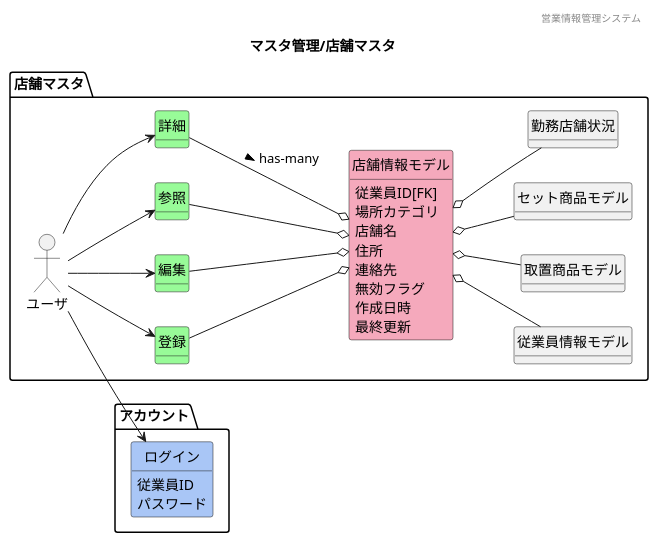
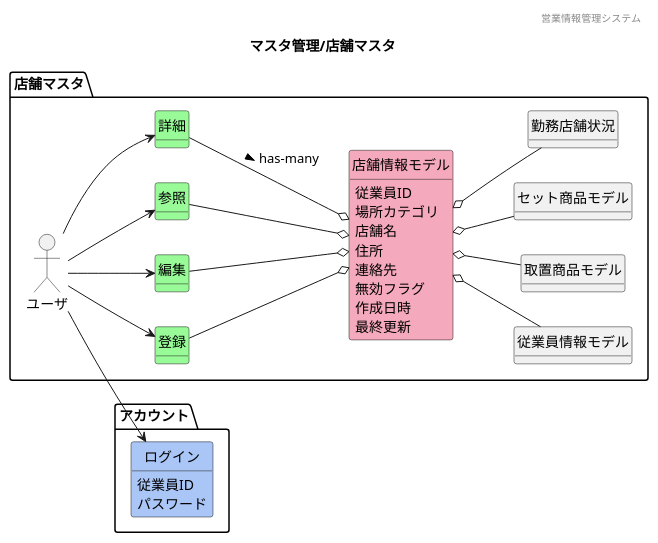
The diagram in 各種設計書/1ドメインモデル図/マスタ管理/F02店舗マスタ.plantuml (HaruShim/Sotuken), drawn with PlantUML before and after one commit. The commit also changed 2 other files, not shown here.

```diff
--- a/各種設計書/1ドメインモデル図/マスタ管理/F02店舗マスタ.plantuml
+++ b/各種設計書/1ドメインモデル図/マスタ管理/F02店舗マスタ.plantuml
@@ -1,95 +1,95 @@
 @startuml images/マスタ管理/店舗マスタ
 ' ヘッダー
 header 営業情報管理システム
 ' タイトル
 title マスタ管理/店舗マスタ
 ' 
 hide circle
 ' 
 hide method
 ' hide members
 left to right direction
 
 package "アカウント"{
     class "ログイン" #A9C6F6
     }
 
 package "店舗マスタ"{
     mix_actor "ユーザ"
     class "登録" #98fb98
     class "編集" #98fb98
     class "参照" #98fb98
     class "詳細" #98fb98
     class "店舗情報モデル" #F5A9BC
     class "従業員情報モデル"
     class "取置商品モデル"
     class "セット商品モデル"
     ' class "" #F5A9BC
     ' class "" #F5A9BC
     
 
     ユーザ --> 参照
     ユーザ --> 登録
     ユーザ --> 編集
     ユーザ --> 詳細
     ユーザ --> ログイン
     参照 --o 店舗情報モデル
     登録 --o 店舗情報モデル
     編集 --o 店舗情報モデル
     詳細 --o 店舗情報モデル : > has-many
     店舗情報モデル o-- 勤務店舗状況
     店舗情報モデル o-- 従業員情報モデル
     店舗情報モデル o-- 取置商品モデル
     店舗情報モデル o-- セット商品モデル
 
-    店舗情報モデル : 従業員ID[FK]
+    店舗情報モデル : 従業員ID
     店舗情報モデル : 場所カテゴリ
     店舗情報モデル : 店舗名
     店舗情報モデル : 住所
     店舗情報モデル : 連絡先
     店舗情報モデル : 無効フラグ
     店舗情報モデル : 作成日時
     店舗情報モデル : 最終更新
     ' 勤務店舗状況 : 店舗名
     ' 勤務店舗状況 : 従業員数
     ' 勤務店舗状況 : 責任者
     ' 店舗情報モデル : 店舗名
     ' 店舗情報モデル : 住所
     ' 店舗情報モデル : 連絡先
     ' 店舗情報モデル : 店長
     ' 店舗情報モデル : 主な従業員
     ' セット商品モデル : セット商品ID
     ' セット商品モデル : セット名
     ' セット商品モデル : 商品コード
     ' セット商品モデル : 型番
     ' セット商品モデル : 店舗ID[FK]
     ' セット商品モデル : 商品数
     ' セット商品モデル : 作成日時
     ' セット商品モデル : 最終更新日時
     ' 取置商品モデル : 取置予約ID
     ' 取置商品モデル : 商品コード[FK]
     ' 取置商品モデル : 型番
     ' 取置商品モデル : 店舗ID[FK]
     ' 取置商品モデル : 予約者氏名
     ' 取置商品モデル : 連絡先
     ' 取置商品モデル : 予約日時
     ' 取置商品モデル : 最終更新日時
     ' 従業員情報モデル : 従業員ID
     ' 従業員情報モデル : 雇用形態
     ' 従業員情報モデル : 店舗ID[FK]
     ' 従業員情報モデル : 氏名
     ' 従業員情報モデル : 氏名(カナ)
     ' 従業員情報モデル : 電話番号
     ' 従業員情報モデル : 性別
     ' 従業員情報モデル : 生年月日
     ' 従業員情報モデル : 年齢
     ' 従業員情報モデル : パスワード
     ' 従業員情報モデル : 無効フラグ
     ' 従業員情報モデル : 作成日時
     ' 従業員情報モデル : 最終更新日時
     ログイン : 従業員ID
     ログイン : パスワード
 }
 
 
 @enduml
```
